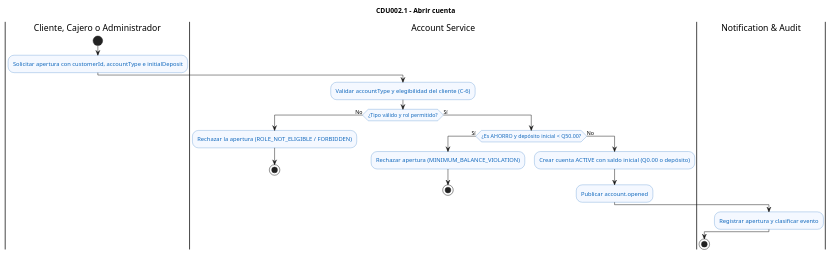
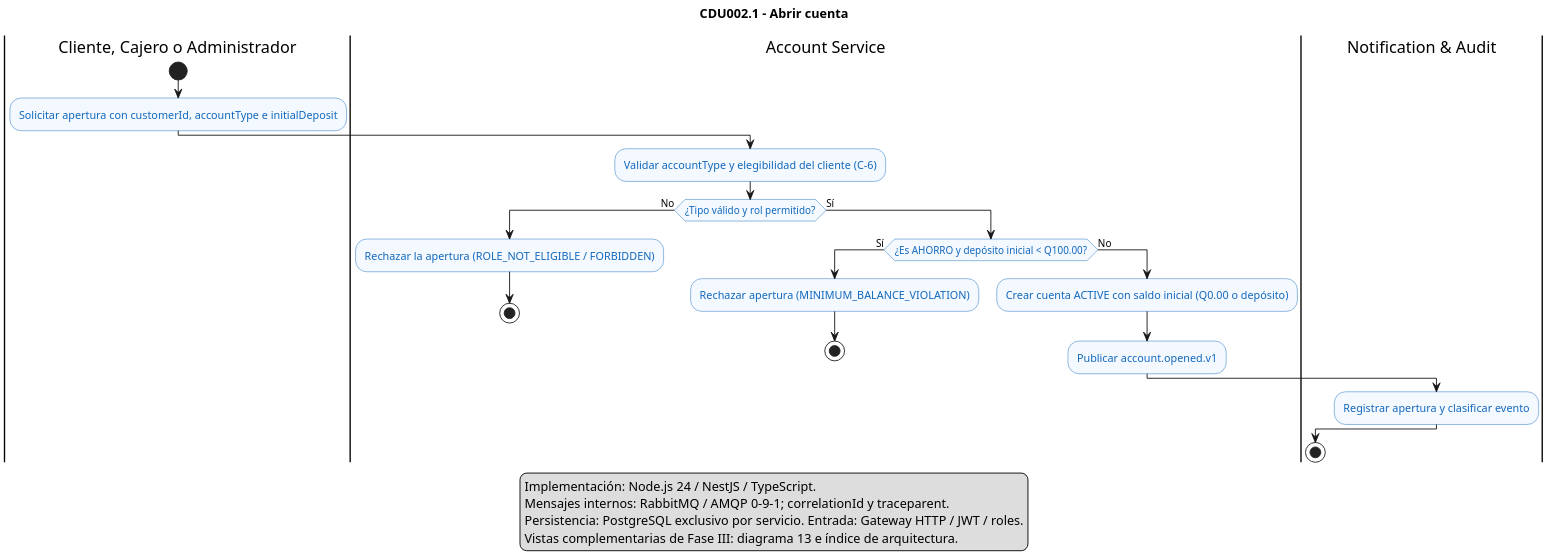
The diagram in docs/architecture/diagrams/cdu/account/flujos/CDU002.1-abrir-cuenta.puml (marcosbondel/Proyecto-SA-B-2), drawn with PlantUML before and after one commit. The commit also changed 74 other files, not shown here.

Commit message:
docs(cdu-er): actualizar casos de uso UML nativos, flujos de negocio y modelos ER fisicos

```diff
--- a/docs/architecture/diagrams/cdu/account/flujos/CDU002.1-abrir-cuenta.puml
+++ b/docs/architecture/diagrams/cdu/account/flujos/CDU002.1-abrir-cuenta.puml
@@ -1,31 +1,38 @@
 @startuml CDU002.1-abrir-cuenta
 title CDU002.1 - Abrir cuenta
 
 skinparam shadowing false
+skinparam dpi 180
 skinparam activity {
     BackgroundColor #F4F8FF
     BorderColor #1168BD
     FontColor #1168BD
 }
 
 |Cliente, Cajero o Administrador|
 start
 :Solicitar apertura con customerId, accountType e initialDeposit;
 |Account Service|
 :Validar accountType y elegibilidad del cliente (C-6);
 if (¿Tipo válido y rol permitido?) then (No)
     :Rechazar la apertura (ROLE_NOT_ELIGIBLE / FORBIDDEN);
     stop
 else (Sí)
-    if (¿Es AHORRO y depósito inicial < Q50.00?) then (Sí)
+    if (¿Es AHORRO y depósito inicial < Q100.00?) then (Sí)
         :Rechazar apertura (MINIMUM_BALANCE_VIOLATION);
         stop
     else (No)
         :Crear cuenta ACTIVE con saldo inicial (Q0.00 o depósito);
-        :Publicar account.opened;
+        :Publicar account.opened.v1;
         |Notification & Audit|
         :Registrar apertura y clasificar evento;
     endif
 endif
 stop
+legend bottom
+  Implementación: Node.js 24 / NestJS / TypeScript.
+  Mensajes internos: RabbitMQ / AMQP 0-9-1; correlationId y traceparent.
+  Persistencia: PostgreSQL exclusivo por servicio. Entrada: Gateway HTTP / JWT / roles.
+  Vistas complementarias de Fase III: diagrama 13 e índice de arquitectura.
+endlegend
 @enduml
```
